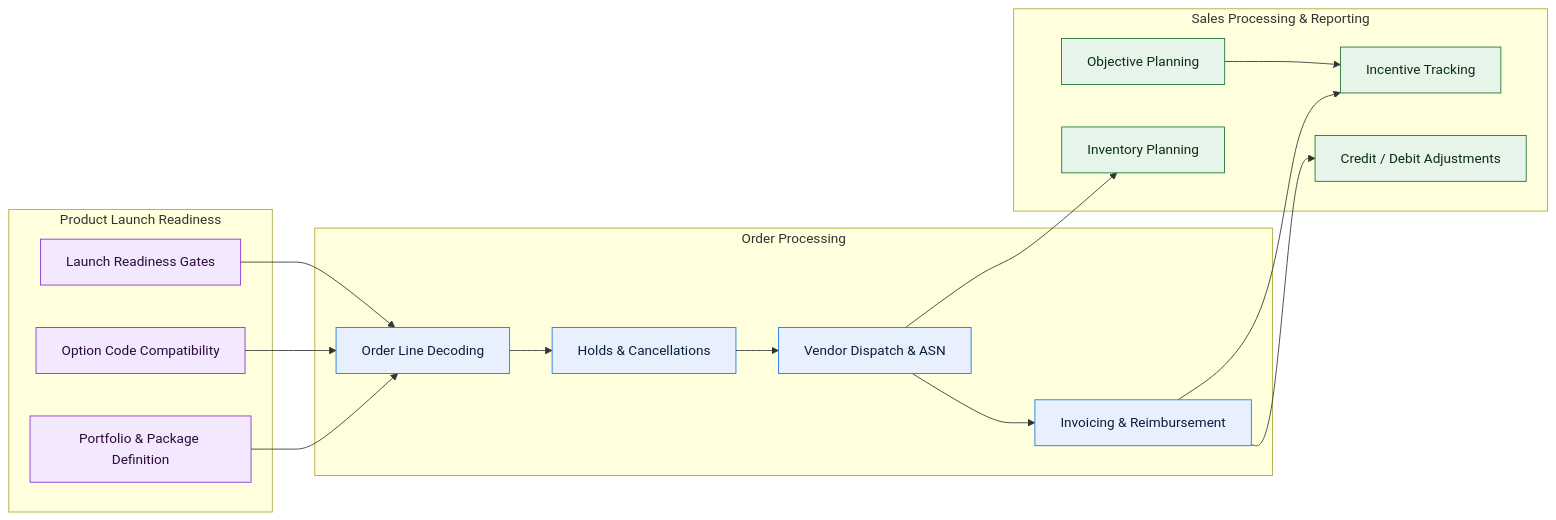
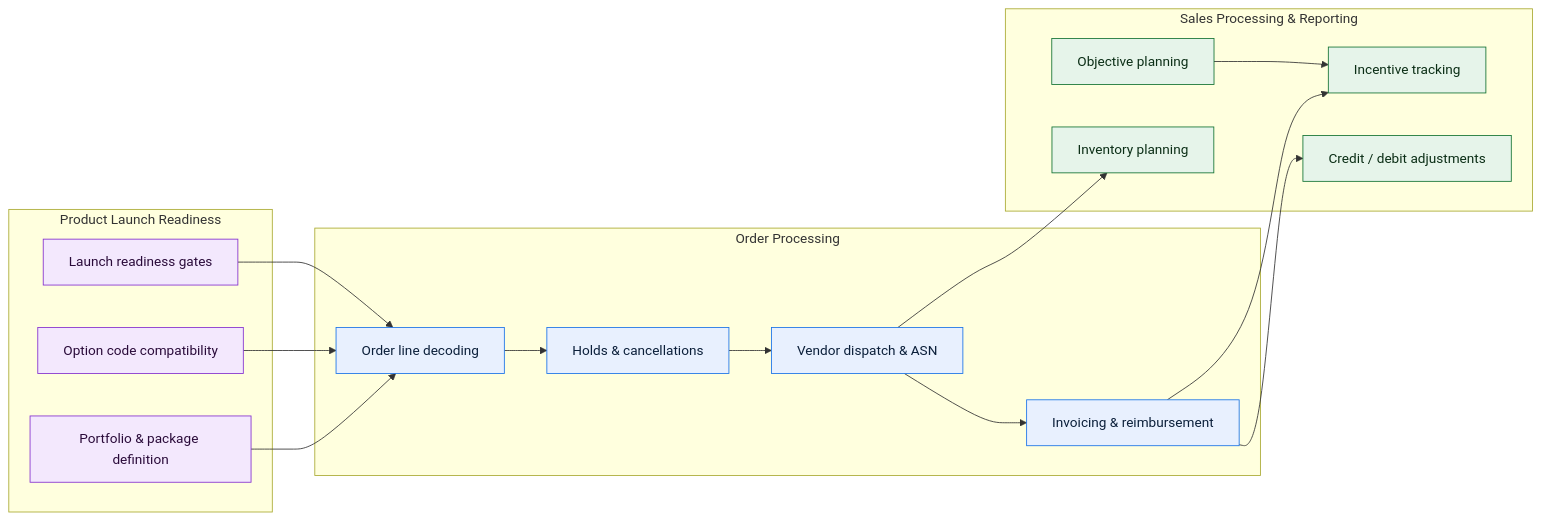
The second of 2 diagrams in README.md (jacquelineadean/technical-documentation-template), drawn with Mermaid before and after one commit. The commit also changed 5 other files, not shown here.

First line of the commit message:
Add templates index and enforce the Mermaid escaping convention

````diff
--- a/README.md
+++ b/README.md
@@ -169,36 +169,36 @@
 ```mermaid
 flowchart LR
     subgraph PLR["Product Launch Readiness"]
-        A1[Portfolio & Package Definition]
-        A2[Option Code Compatibility]
-        A3[Launch Readiness Gates]
+        A1["Portfolio &amp; package definition"]
+        A2["Option code compatibility"]
+        A3["Launch readiness gates"]
     end
     subgraph OPS["Order Processing"]
-        B1[Order Line Decoding]
-        B2[Holds & Cancellations]
-        B3[Vendor Dispatch & ASN]
-        B4[Invoicing & Reimbursement]
+        B1["Order line decoding"]
+        B2["Holds &amp; cancellations"]
+        B3["Vendor dispatch &amp; ASN"]
+        B4["Invoicing &amp; reimbursement"]
     end
-    subgraph SPR["Sales Processing & Reporting"]
-        C1[Objective Planning]
-        C2[Incentive Tracking]
-        C3[Inventory Planning]
-        C4[Credit / Debit Adjustments]
+    subgraph SPR["Sales Processing &amp; Reporting"]
+        C1["Objective planning"]
+        C2["Incentive tracking"]
+        C3["Inventory planning"]
+        C4["Credit / debit adjustments"]
     end
 
     A1 --> B1
     A2 --> B1
     A3 --> B1
     B1 --> B2 --> B3 --> B4
     B3 --> C3
     B4 --> C2
     B4 --> C4
     C1 --> C2
 
     classDef plr fill:#F3E8FD,stroke:#8430CE,color:#2A0B3A
     classDef ops fill:#E8F0FE,stroke:#1A73E8,color:#0B1F3A
     classDef spr fill:#E6F4EA,stroke:#137333,color:#0B2E16
     class A1,A2,A3 plr
     class B1,B2,B3,B4 ops
     class C1,C2,C3,C4 spr
 ```
````
